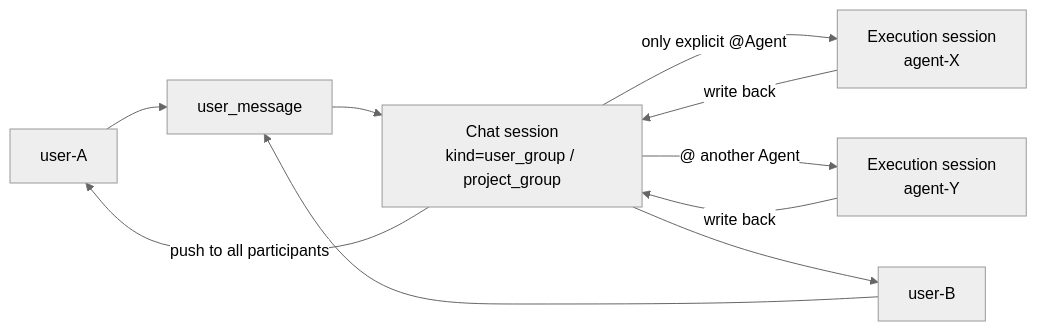
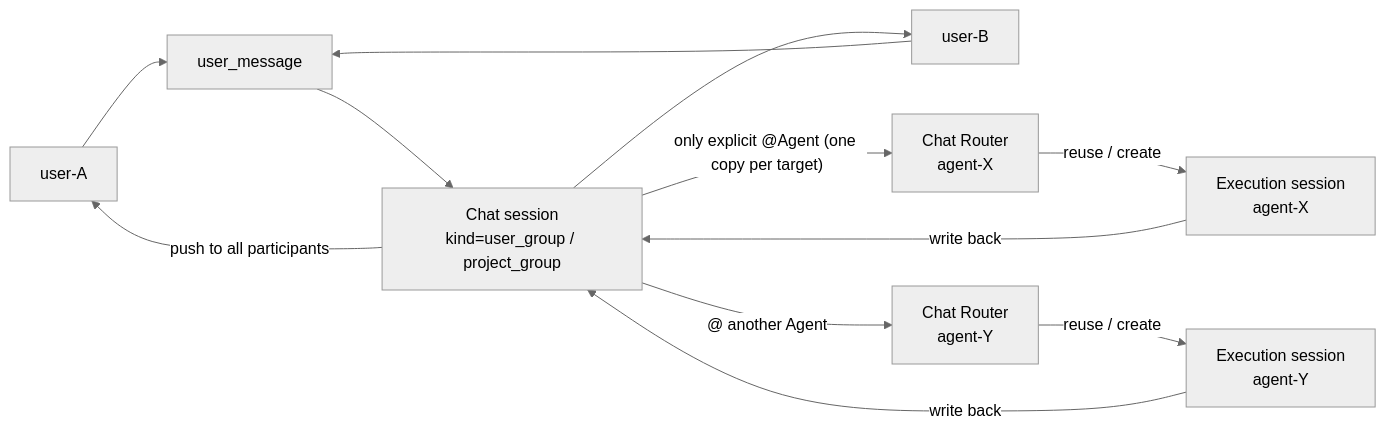
Before and after one commit to acowork/acowork: the second of 10 diagrams in docs/design/en/27-intent-messaging-and-group-chat.md, drawn with Mermaid (neutral theme). The commit also changed other lines of this file and 3 other files, not shown here.

Commit message:
docs(design): add chat session context orchestration design and freeze the router contract in design 27 (ADR-099)

````diff
--- a/docs/design/en/27-intent-messaging-and-group-chat.md
+++ b/docs/design/en/27-intent-messaging-and-group-chat.md
@@ -50,12 +50,14 @@
 ```mermaid
 graph LR
     U1["user-A"] --> MSG["user_message"]
     U2["user-B"] --> MSG
     MSG --> GC["Chat session<br/>kind=user_group / project_group"]
-    GC -->|"only explicit @Agent"| ES1["Execution session<br/>agent-X"]
-    GC -->|"@ another Agent"| ES2["Execution session<br/>agent-Y"]
+    GC -->|"only explicit @Agent (one copy per target)"| R1["Chat Router<br/>agent-X"]
+    GC -->|"@ another Agent"| R2["Chat Router<br/>agent-Y"]
+    R1 -->|"reuse / create"| ES1["Execution session<br/>agent-X"]
+    R2 -->|"reuse / create"| ES2["Execution session<br/>agent-Y"]
     ES1 -->|"write back"| GC
     ES2 -->|"write back"| GC
     GC -->|"push to all participants"| U1
     GC --> U2
 ```
````
